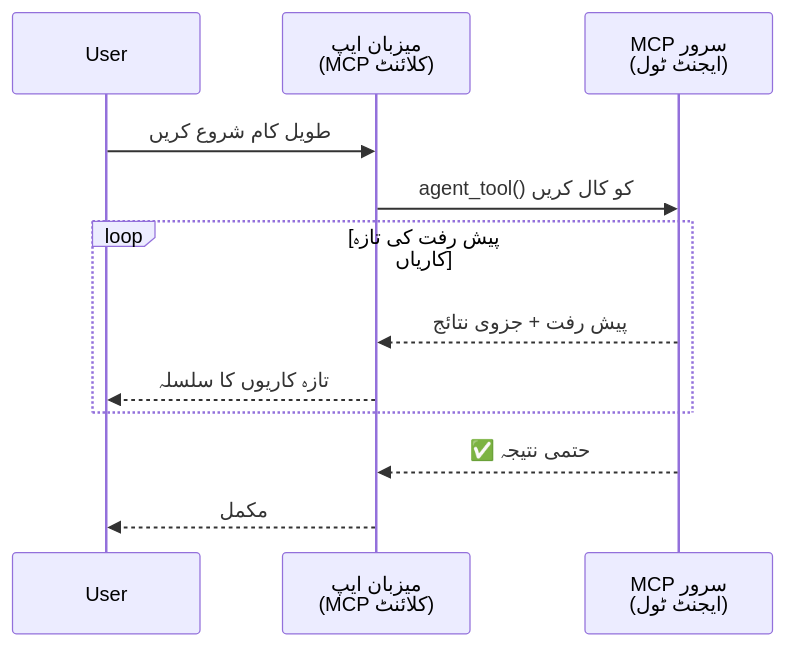
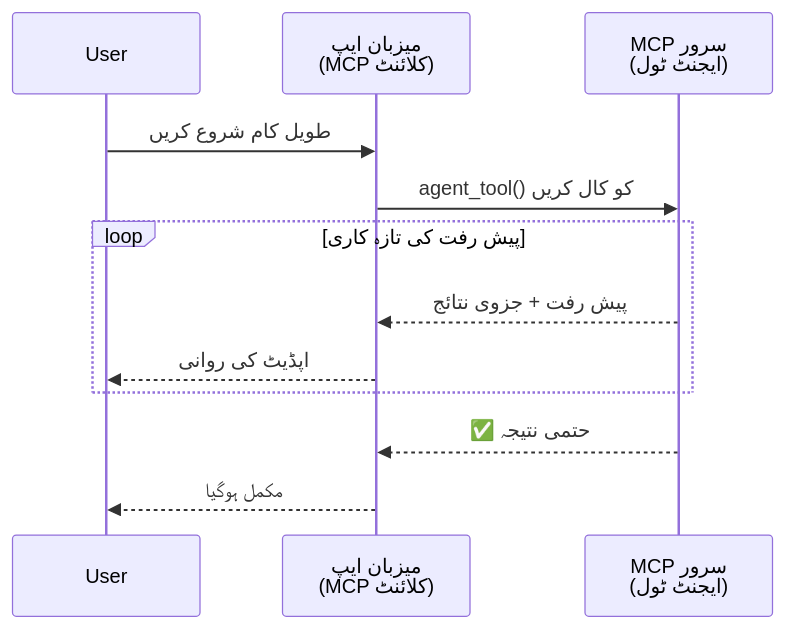
The first of 5 diagrams in mirrors/repos/microsoft@ai-agents-for-beginners/translations/ur/11-agentic-protocols/code_samples/mcp-agents/README.md (gabrielmoreira/agent-skills-mirror), drawn with Mermaid before and after one commit. The commit also changed other lines of this file and 4262 other files, not shown here.

````diff
--- a/mirrors/repos/microsoft@ai-agents-for-beginners/translations/ur/11-agentic-protocols/code_samples/mcp-agents/README.md
+++ b/mirrors/repos/microsoft@ai-agents-for-beginners/translations/ur/11-agentic-protocols/code_samples/mcp-agents/README.md
@@ -46,17 +46,17 @@
 ```mermaid
 sequenceDiagram
     participant User
     participant Host as میزبان ایپ<br/>(MCP کلائنٹ)
     participant Server as MCP سرور<br/>(ایجنٹ ٹول)
 
     User->>Host: طویل کام شروع کریں
     Host->>Server: agent_tool() کو کال کریں
 
-    loop پیش رفت کی تازہ کاریاں
+    loop پیش رفت کی تازہ کاری
         Server-->>Host: پیش رفت + جزوی نتائج
-        Host-->>User: تازہ کاریوں کا سلسلہ
+        Host-->>User: اپڈیٹ کی روانی
     end
 
     Server-->>Host: ✅ حتمی نتیجہ
-    Host-->>User: مکمل
+    Host-->>User: مکمل ہوگیا
 ```
````
